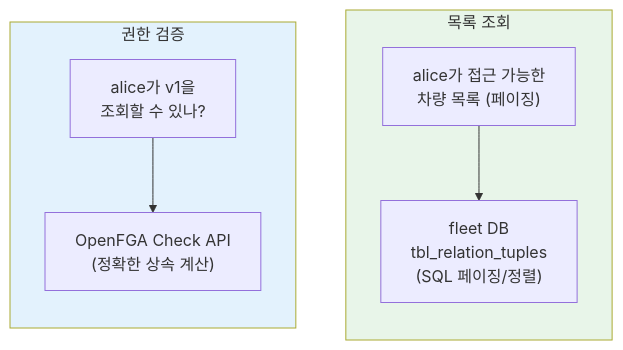
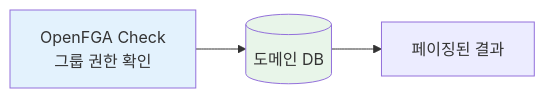
The fifth of 5 diagrams in content/posts/2025-02-10-rebac-group-pattern-real-world.md (Gyeom/dev-notes), drawn with Mermaid before and after one commit. The commit also changed other lines of this file and 3 other files, not shown here.

First line of the commit message:
Refactor: OpenFGA 포스트 개선 및 이력서 동기화

````diff
--- a/content/posts/2025-02-10-rebac-group-pattern-real-world.md
+++ b/content/posts/2025-02-10-rebac-group-pattern-real-world.md
@@ -317,19 +255,8 @@
 ```mermaid
 flowchart LR
-    subgraph Check ["권한 검증"]
-        direction TB
-        Q1["alice가 v1을<br/>조회할 수 있나?"]
-        Q1 --> OpenFGA["OpenFGA Check API<br/>(정확한 상속 계산)"]
-    end
-
-    subgraph List ["목록 조회"]
-        direction TB
-        Q2["alice가 접근 가능한<br/>차량 목록 (페이징)"]
-        Q2 --> DB["fleet DB<br/>tbl_relation_tuples<br/>(SQL 페이징/정렬)"]
-    end
-
-    Check ~~~ List
+    Check[OpenFGA Check<br/>그룹 권한 확인] --> DB[(도메인 DB)]
+    DB --> Result[페이징된 결과]
 
     style Check fill:#e3f2fd
-    style List fill:#e8f5e9
+    style DB fill:#e8f5e9
 ```
````
